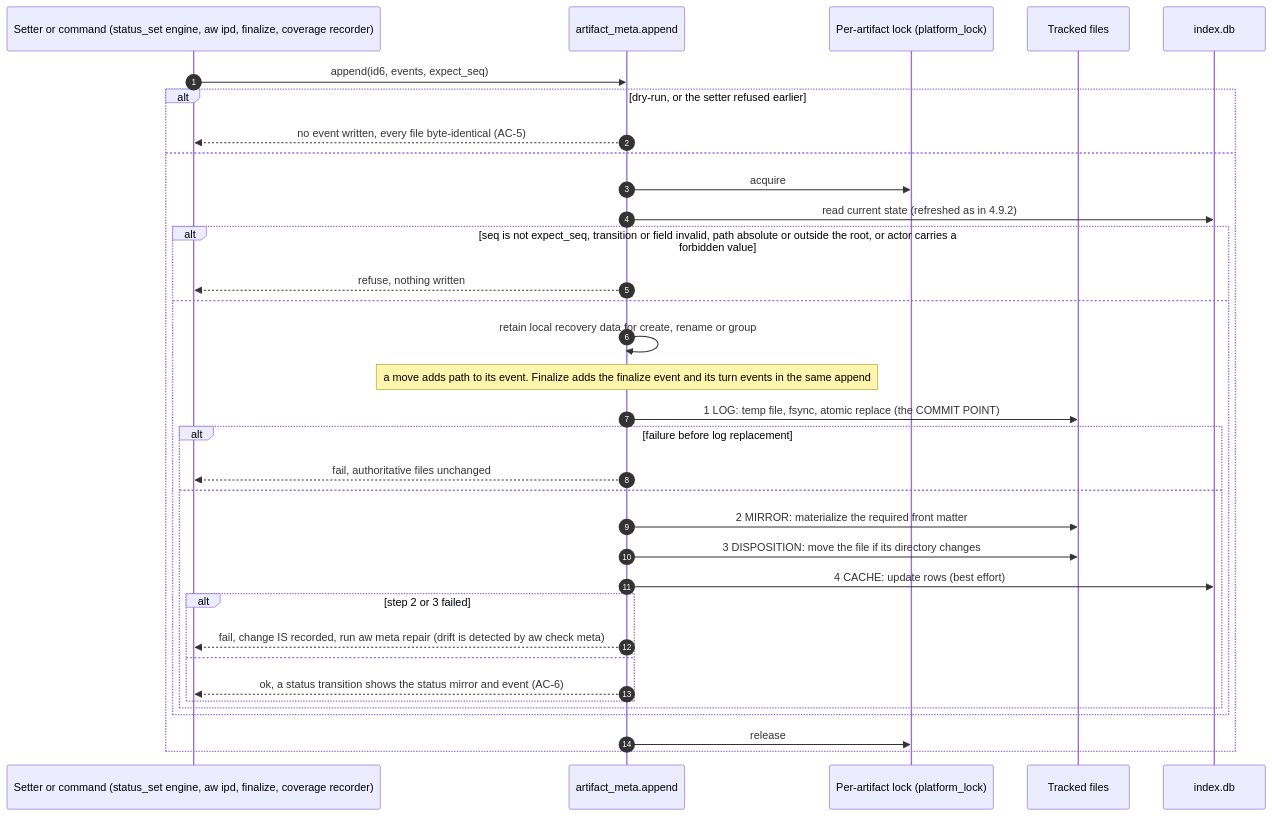
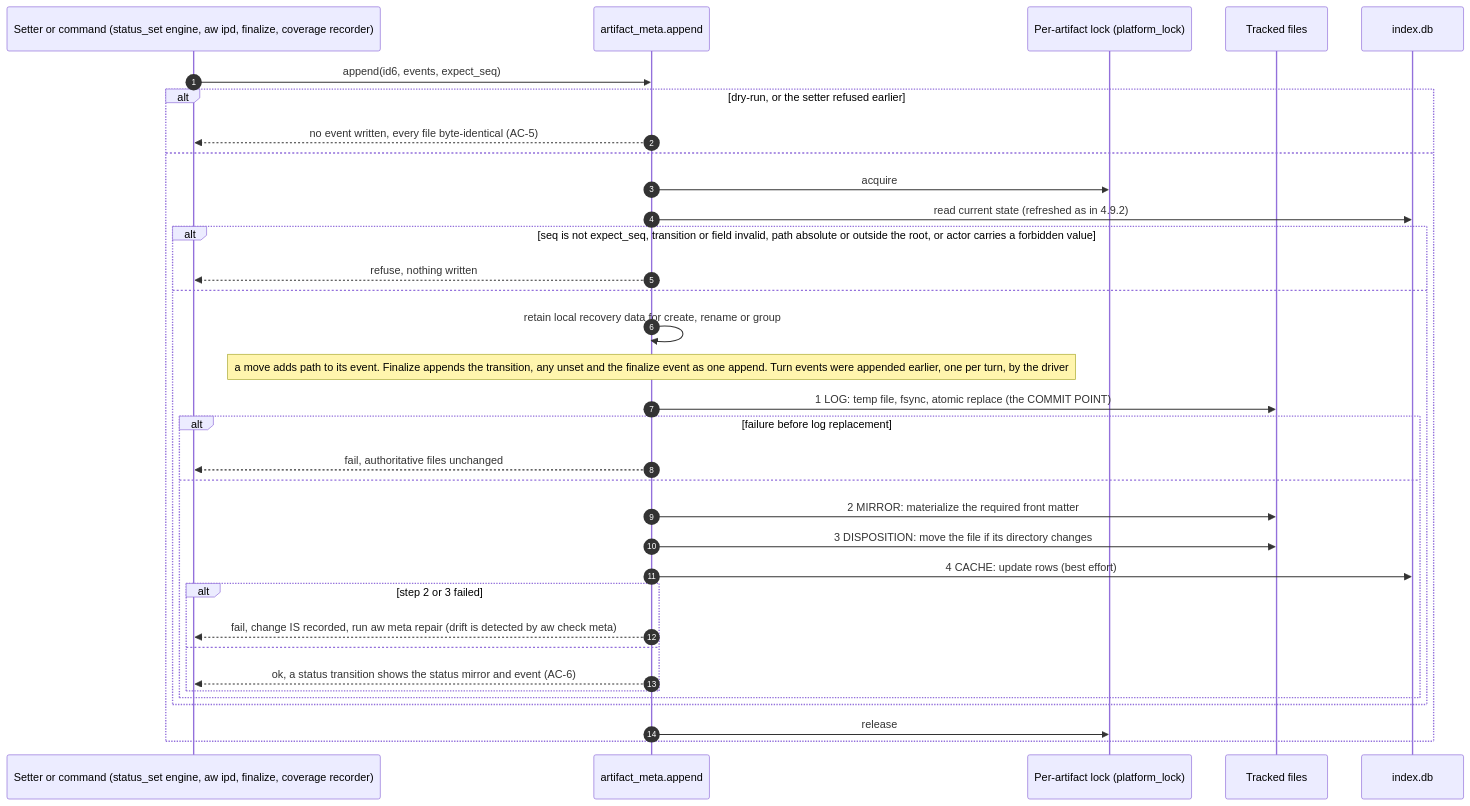
Before and after one commit to fariello/agent-workflows: the seventh of 12 diagrams in .aw/records/specs/reviewed/20260925-metastore-01-4sd62s-artifact-metadata-store.spec.md, drawn with Mermaid. The commit also changed other lines of this file and 1 other file, not shown here.

````diff
--- a/.aw/records/specs/reviewed/20260925-metastore-01-4sd62s-artifact-metadata-store.spec.md
+++ b/.aw/records/specs/reviewed/20260925-metastore-01-4sd62s-artifact-metadata-store.spec.md
@@ -1851,36 +2076,36 @@
 ```mermaid
 sequenceDiagram
     autonumber
     participant S as Setter or command (status_set engine, aw ipd, finalize, coverage recorder)
     participant M as artifact_meta.append
     participant L as Per-artifact lock (platform_lock)
     participant G as Tracked files
     participant C as index.db
     S->>M: append(id6, events, expect_seq)
     alt dry-run, or the setter refused earlier
         M-->>S: no event written, every file byte-identical (AC-5)
     else
         M->>L: acquire
         M->>C: read current state (refreshed as in 4.9.2)
         alt seq is not expect_seq, transition or field invalid, path absolute or outside the root, or actor carries a forbidden value
             M-->>S: refuse, nothing written
         else
             M->>M: retain local recovery data for create, rename or group
-            Note over M: a move adds path to its event. Finalize adds the finalize event and its turn events in the same append
+            Note over M: a move adds path to its event. Finalize appends the transition, any unset and the finalize event as one append. Turn events were appended earlier, one per turn, by the driver
             M->>G: 1 LOG: temp file, fsync, atomic replace (the COMMIT POINT)
             alt failure before log replacement
                 M-->>S: fail, authoritative files unchanged
             else
                 M->>G: 2 MIRROR: materialize the required front matter
                 M->>G: 3 DISPOSITION: move the file if its directory changes
                 M->>C: 4 CACHE: update rows (best effort)
                 alt step 2 or 3 failed
                     M-->>S: fail, change IS recorded, run aw meta repair (drift is detected by aw check meta)
                 else
                     M-->>S: ok, a status transition shows the status mirror and event (AC-6)
                 end
             end
         end
         M->>L: release
     end
 ```
````
